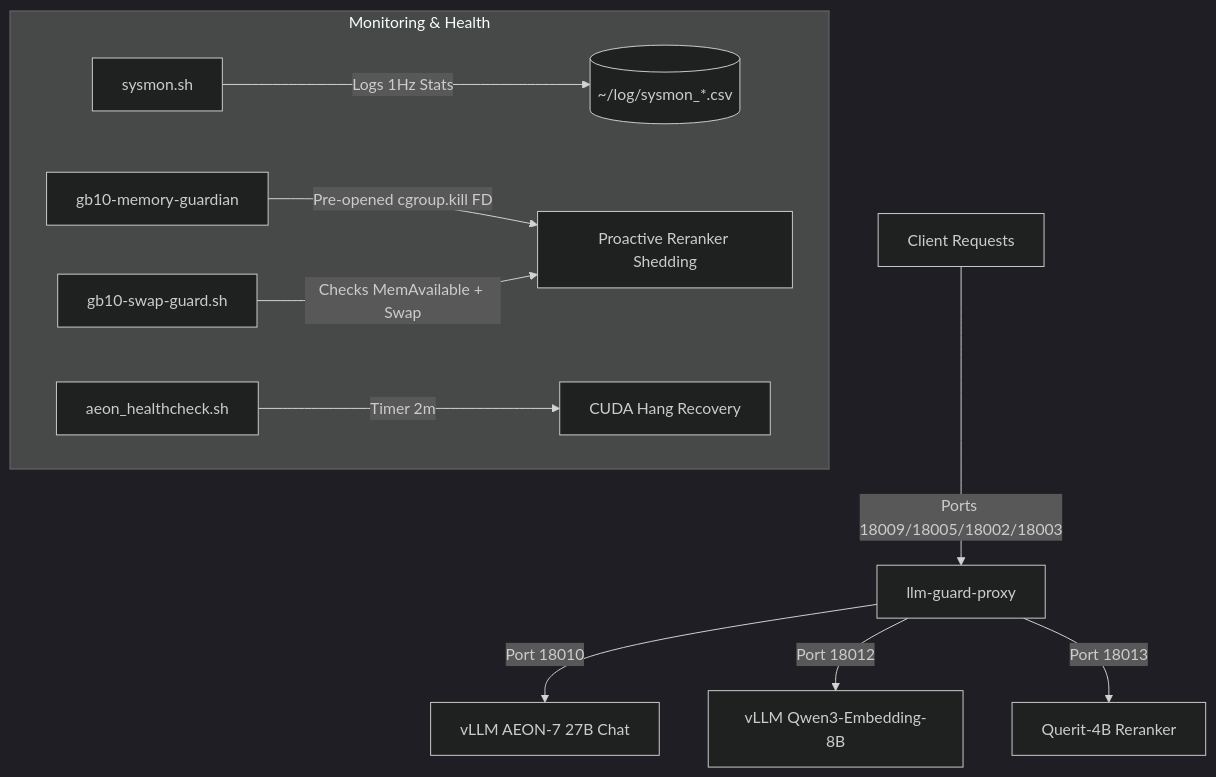
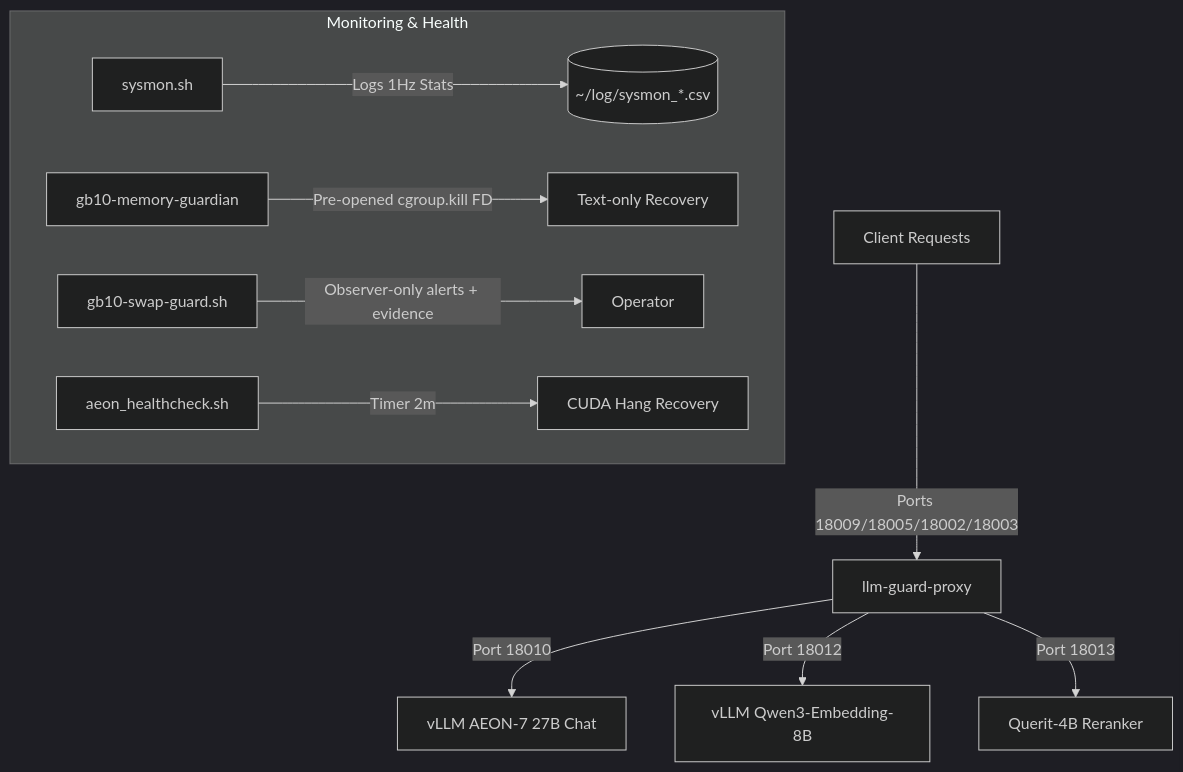
One commit to RyderFreeman4Logos/gb10-services changed the diagram in README.md. Above: the diagram before and after it, drawn with Mermaid (dark theme). The commit also changed other lines of this file and 17 other files, not shown here.

````diff
--- a/README.md
+++ b/README.md
@@ -11,14 +11,14 @@
 ```mermaid
 graph TD
     Client[Client Requests] -->|Ports 18009/18005/18002/18003| Proxy[llm-guard-proxy]
     Proxy -->|Port 18010| AEON[vLLM AEON-7 27B Chat]
     Proxy -->|Port 18012| Embed[vLLM Qwen3-Embedding-8B]
     Proxy -->|Port 18013| Rerank[Querit-4B Reranker]
 
     subgraph Monitoring & Health
         Sysmon[sysmon.sh] -->|Logs 1Hz Stats| CSV[(~/log/sysmon_*.csv)]
-        RustGuardian[gb10-memory-guardian] -->|Pre-opened cgroup.kill FD| OOMProtect[Proactive Reranker Shedding]
-        SwapGuard[gb10-swap-guard.sh] -->|Checks MemAvailable + Swap| OOMProtect[Proactive Reranker Shedding]
+        RustGuardian[gb10-memory-guardian] -->|Pre-opened cgroup.kill FD| TextRecovery[Text-only Recovery]
+        SwapGuard[gb10-swap-guard.sh] -->|Observer-only alerts + evidence| Ops[Operator]
         HCheck[aeon_healthcheck.sh] -->|Timer 2m| HangRecovery[CUDA Hang Recovery]
     end
 ```
````
